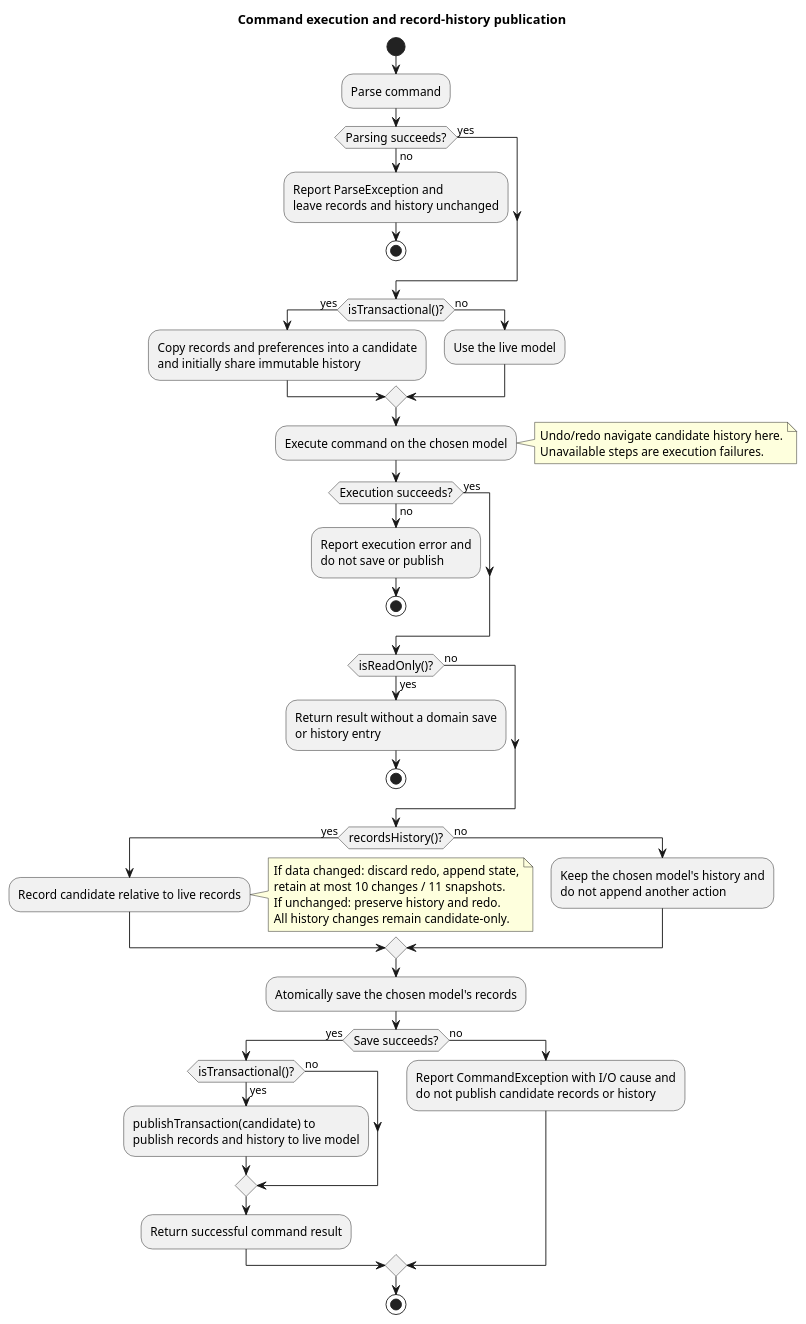
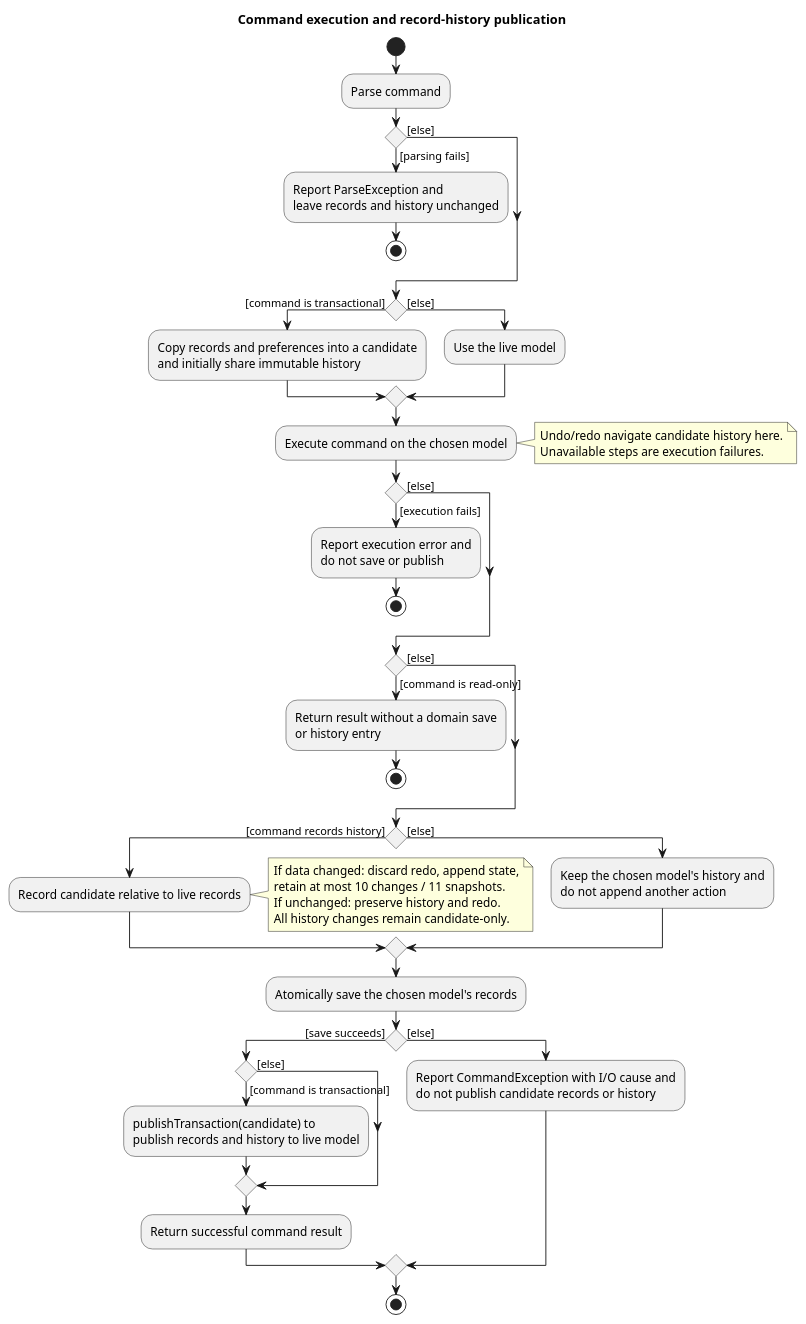
Before and after one commit to AY2627S1-CS2103T-F15-2/tp: the diagram in diagrams/CommitActivityDiagram.puml, drawn with PlantUML. The commit also changed 90 other files, not shown here.

```diff
--- a/diagrams/CommitActivityDiagram.puml
+++ b/diagrams/CommitActivityDiagram.puml
@@ -1,63 +1,63 @@
 @startuml
 skinparam shadowing false
 skinparam defaultFontName Arial
 skinparam ActivityFontSize 13
 skinparam ArrowFontSize 12
 
 title Command execution and record-history publication
 start
 :Parse command;
-if (Parsing succeeds?) then (yes)
-else (no)
+if () then ([parsing fails])
   :Report ParseException and
 leave records and history unchanged;
   stop
+else ([else])
 endif
-if (isTransactional()?) then (yes)
+if () then ([command is transactional])
   :Copy records and preferences into a candidate\nand initially share immutable history;
-else (no)
+else ([else])
   :Use the live model;
 endif
 :Execute command on the chosen model;
 note right
   Undo/redo navigate candidate history here.
   Unavailable steps are execution failures.
 end note
-if (Execution succeeds?) then (yes)
-else (no)
+if () then ([execution fails])
   :Report execution error and
 do not save or publish;
   stop
+else ([else])
 endif
-if (isReadOnly()?) then (yes)
+if () then ([command is read-only])
   :Return result without a domain save
 or history entry;
   stop
-else (no)
+else ([else])
 endif
-if (recordsHistory()?) then (yes)
+if () then ([command records history])
   :Record candidate relative to live records;
   note right
     If data changed: discard redo, append state,
     retain at most 10 changes / 11 snapshots.
     If unchanged: preserve history and redo.
     All history changes remain candidate-only.
   end note
-else (no)
+else ([else])
   :Keep the chosen model's history and
 do not append another action;
 endif
 :Atomically save the chosen model's records;
-if (Save succeeds?) then (yes)
-  if (isTransactional()?) then (yes)
+if () then ([save succeeds])
+  if () then ([command is transactional])
     :publishTransaction(candidate) to
 publish records and history to live model;
-  else (no)
+  else ([else])
   endif
   :Return successful command result;
-else (no)
+else ([else])
   :Report CommandException with I/O cause and
 do not publish candidate records or history;
 endif
 stop
 @enduml
```
